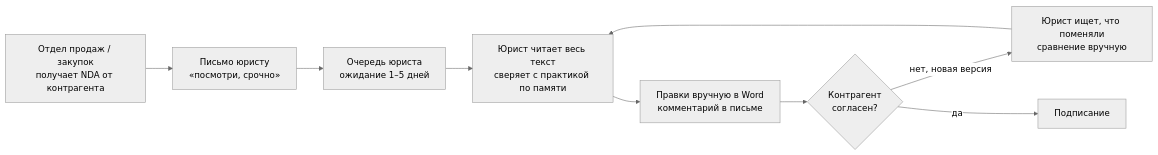
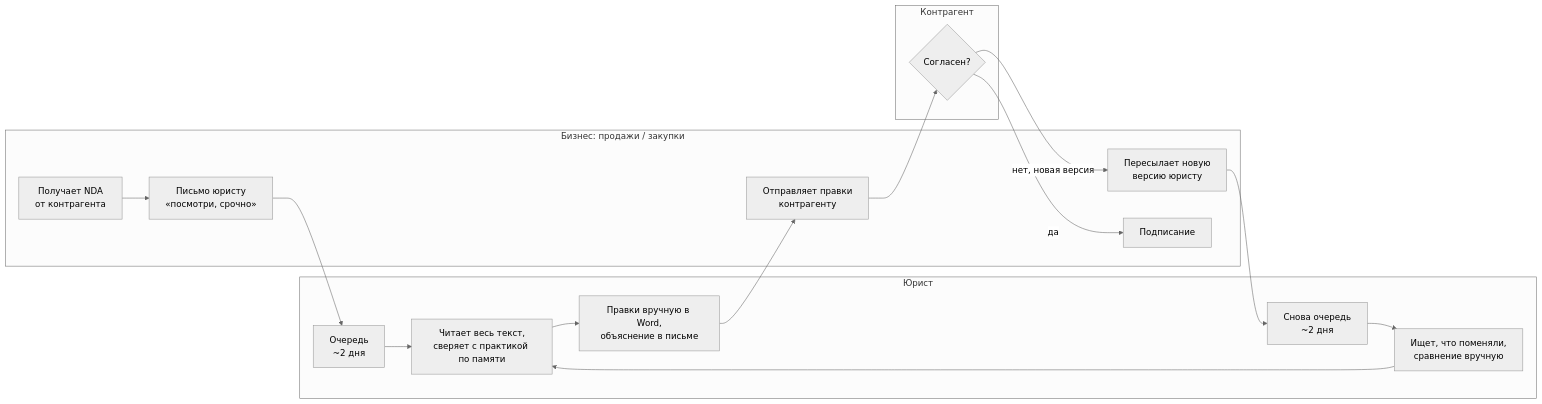
One commit to krikrash1508-max/AI_lawyer changed the first of 3 diagrams in docs/03_architecture.md. Above: the diagram before and after it, drawn with Mermaid (neutral theme). The commit also changed other lines of this file and 2 other files, not shown here.

````diff
--- a/docs/03_architecture.md
+++ b/docs/03_architecture.md
@@ -13,11 +13,22 @@
 ```mermaid
 flowchart LR
-    A[Отдел продаж / закупок<br>получает NDA от контрагента] --> B[Письмо юристу<br>«посмотри, срочно»]
-    B --> C[Очередь юриста<br>ожидание 1–5 дней]
-    C --> D[Юрист читает весь текст<br>сверяет с практикой по памяти]
-    D --> E[Правки вручную в Word<br>комментарий в письме]
-    E --> F{Контрагент<br>согласен?}
-    F -- нет, новая версия --> G[Юрист ищет, что поменяли<br>сравнение вручную]
-    G --> D
-    F -- да --> H[Подписание]
+    subgraph BIZ[Бизнес: продажи / закупки]
+        A[Получает NDA<br>от контрагента] --> B[Письмо юристу<br>«посмотри, срочно»]
+        L[Отправляет правки<br>контрагенту]
+        K[Пересылает новую<br>версию юристу]
+        H[Подписание]
+    end
+    subgraph LAW[Юрист]
+        C[Очередь<br>~2 дня]
+        D[Читает весь текст,<br>сверяет с практикой по памяти]
+        E[Правки вручную в Word,<br>объяснение в письме]
+        Q[Снова очередь<br>~2 дня]
+        G[Ищет, что поменяли,<br>сравнение вручную]
+    end
+    subgraph CP[Контрагент]
+        F{Согласен?}
+    end
+    B --> C --> D --> E --> L --> F
+    F -- нет, новая версия --> K --> Q --> G --> D
+    F -- да --> H
 ```
````
